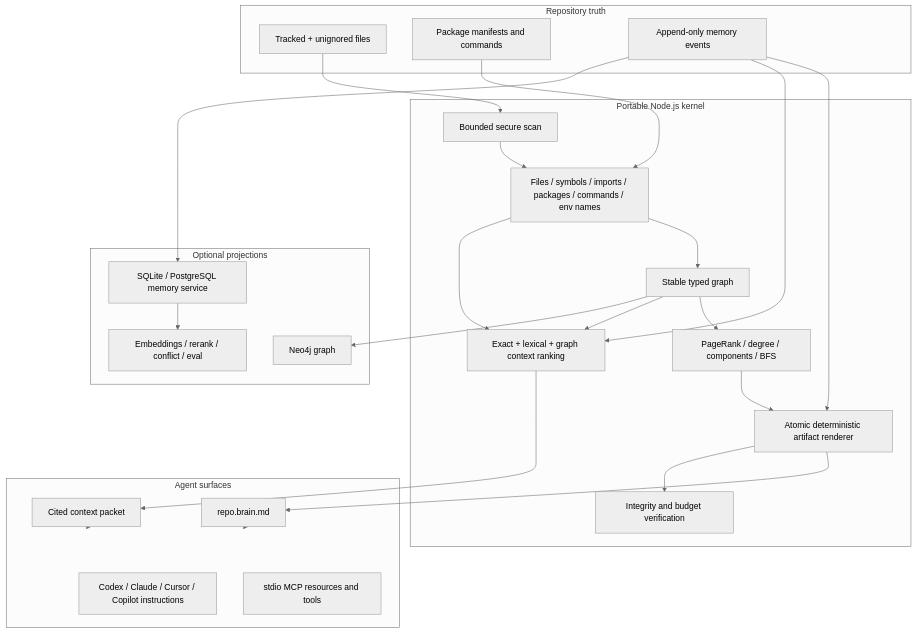
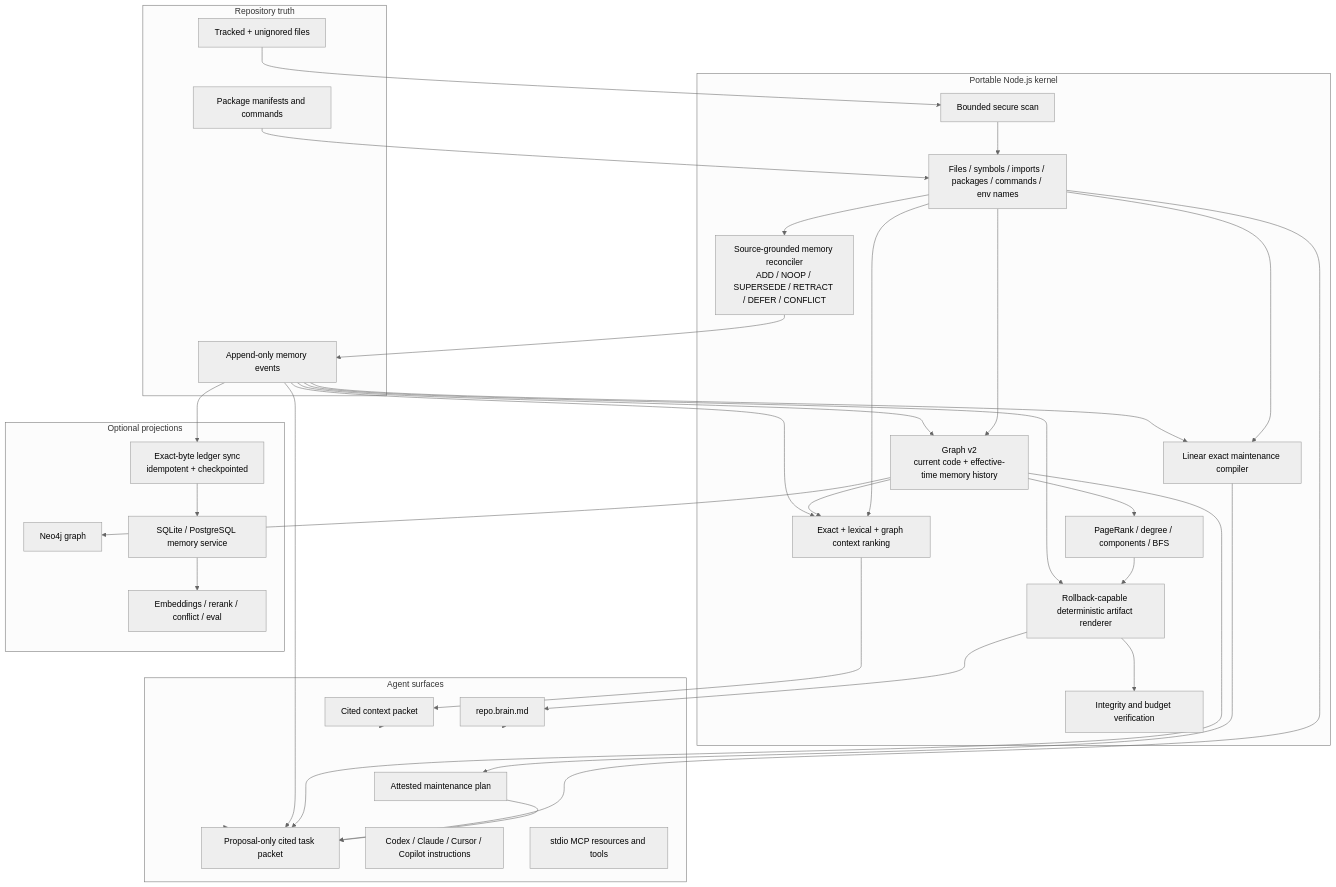
One commit to ayushozha/provena changed the diagram in docs/REPO_MEMORY_ARCHITECTURE.md. Above: the diagram before and after it, drawn with Mermaid (neutral theme). The commit also changed other lines of this file and 103 other files, not shown here.

````diff
--- a/docs/REPO_MEMORY_ARCHITECTURE.md
+++ b/docs/REPO_MEMORY_ARCHITECTURE.md
@@ -20,43 +21,58 @@
 ```mermaid
 flowchart TB
     subgraph Inputs["Repository truth"]
         Files["Tracked + unignored files"]
         Manifests["Package manifests and commands"]
         Ledger["Append-only memory events"]
     end
 
     subgraph Kernel["Portable Node.js kernel"]
         Scan["Bounded secure scan"]
         Detect["Files / symbols / imports / packages / commands / env names"]
-        Graph["Stable typed graph"]
+        Reconcile["Source-grounded memory reconciler<br/>ADD / NOOP / SUPERSEDE / RETRACT / DEFER / CONFLICT"]
+        Graph["Graph v2<br/>current code + effective-time memory history"]
         Algorithms["PageRank / degree / components / BFS"]
-        Views["Atomic deterministic artifact renderer"]
+        Views["Rollback-capable deterministic artifact renderer"]
         Retrieval["Exact + lexical + graph context ranking"]
+        Maintenance["Linear exact maintenance compiler"]
         Harness["Integrity and budget verification"]
     end
 
     subgraph Consumers["Agent surfaces"]
         Brain["repo.brain.md"]
         Context["Cited context packet"]
+        Plan["Attested maintenance plan"]
+        TaskPacket["Proposal-only cited task packet"]
         Instructions["Codex / Claude / Cursor / Copilot instructions"]
         MCP["stdio MCP resources and tools"]
     end
 
     subgraph Optional["Optional projections"]
+        Sync["Exact-byte ledger sync<br/>idempotent + checkpointed"]
         Neo4j["Neo4j graph"]
         Store["SQLite / PostgreSQL memory service"]
         Intel["Embeddings / rerank / conflict / eval"]
     end
 
     Files --> Scan --> Detect --> Graph --> Algorithms --> Views --> Brain
     Manifests --> Detect
+    Detect --> Reconcile --> Ledger
+    Ledger --> Graph
     Ledger --> Views
     Detect --> Retrieval
     Graph --> Retrieval
     Ledger --> Retrieval --> Context
+    Detect --> Maintenance
+    Ledger --> Maintenance --> Plan
+    Plan --> TaskPacket
+    Detect --> TaskPacket
+    Graph --> TaskPacket
+    Ledger --> TaskPacket
     Brain --> Consumers
     Context --> Consumers
+    TaskPacket --> Consumers
     Graph --> Neo4j
-    Ledger --> Store --> Intel
+    Ledger --> Sync --> Store
+    Store --> Intel
     Views --> Harness
 ```
````
